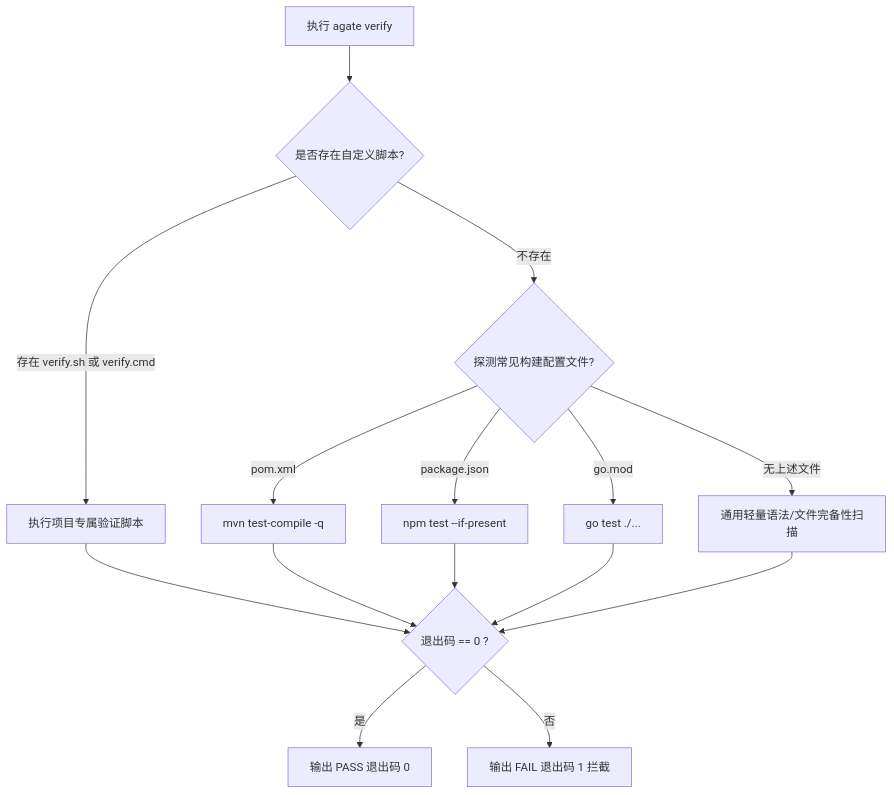
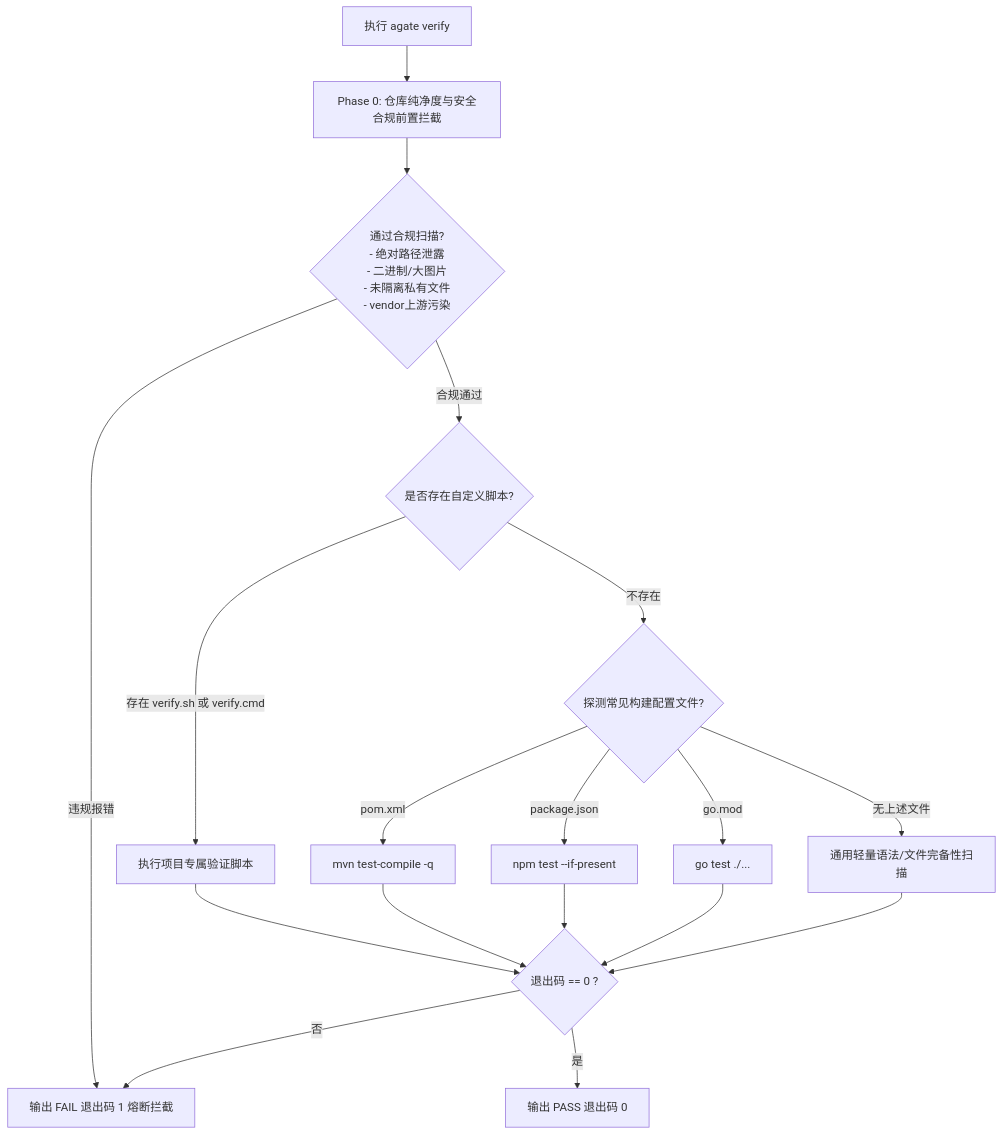
Before and after one commit to Simon-yyy/Agate: the diagram in docs/DESIGN.md, drawn with Mermaid. The commit also changed other lines of this file and 3 other files, not shown here.

Commit message:
feat: 升级 agate verify 集成 Phase 0 仓库纯净度与安全合规前置拦截

````diff
--- a/docs/DESIGN.md
+++ b/docs/DESIGN.md
@@ -123,17 +123,20 @@
 ```mermaid
 graph TD
-    Start[执行 agate verify] --> CheckCustom{是否存在自定义脚本?}
+    Start[执行 agate verify] --> Phase0[Phase 0: 仓库纯净度与安全合规前置拦截]
+    Phase0 --> CheckClean{通过合规扫描?<br/>- 绝对路径泄露<br/>- 二进制/大图片<br/>- 未隔离私有文件<br/>- vendor上游污染}
+    CheckClean -->|违规报错| ExitFail[输出 FAIL 退出码 1 熔断拦截]
+    CheckClean -->|合规通过| CheckCustom{是否存在自定义脚本?}
     CheckCustom -->|存在 verify.sh 或 verify.cmd| RunCustom[执行项目专属验证脚本]
     CheckCustom -->|不存在| CheckBuild{探测常见构建配置文件?}
     CheckBuild -->|pom.xml| RunMaven[mvn test-compile -q]
     CheckBuild -->|package.json| RunNpm[npm test --if-present]
     CheckBuild -->|go.mod| RunGo[go test ./...]
     CheckBuild -->|无上述文件| RunFallback[通用轻量语法/文件完备性扫描]
     RunCustom --> ResultCheck{退出码 == 0 ?}
     RunMaven --> ResultCheck
     RunNpm --> ResultCheck
     RunGo --> ResultCheck
     RunFallback --> ResultCheck
     ResultCheck -->|是| ExitPass[输出 PASS 退出码 0]
-    ResultCheck -->|否| ExitFail[输出 FAIL 退出码 1 拦截]
+    ResultCheck -->|否| ExitFail
 ```
````
